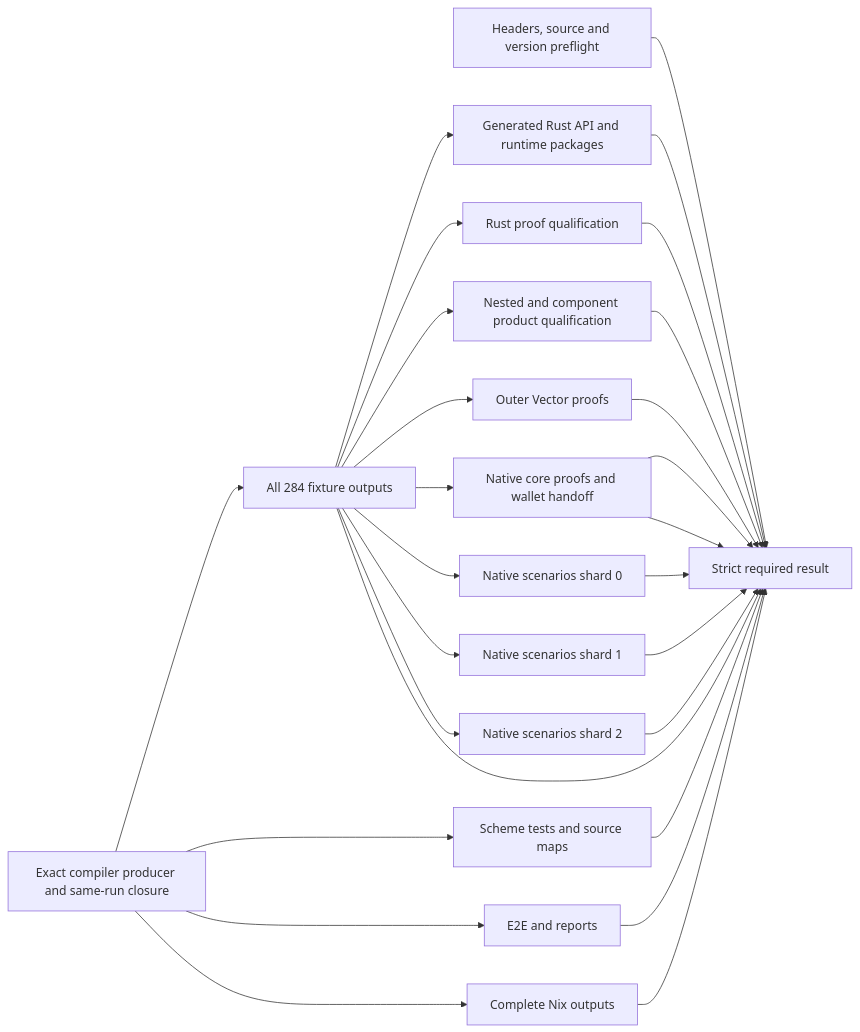
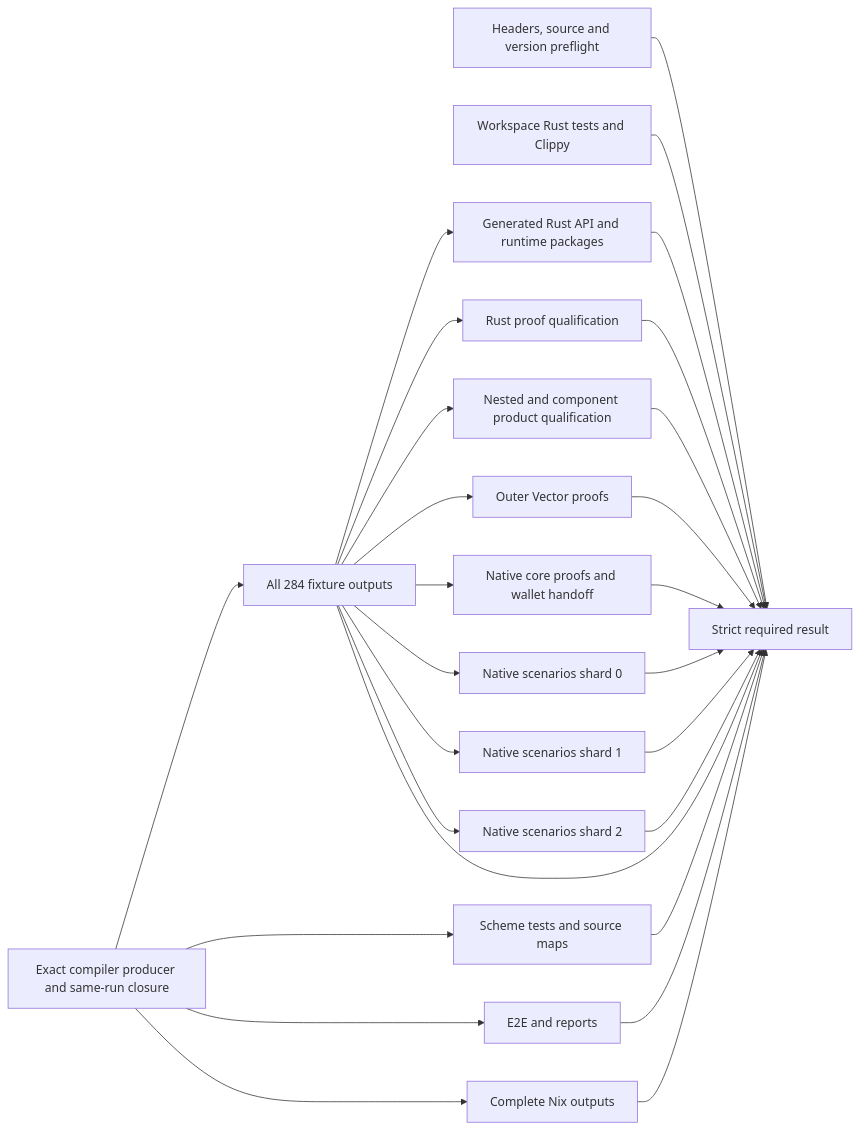
Before and after one commit to betsudo/compact: the diagram in doc/rust/plans/ci-test-graph.md, drawn with Mermaid. The commit also changed other lines of this file, not shown here.

````diff
--- a/doc/rust/plans/ci-test-graph.md
+++ b/doc/rust/plans/ci-test-graph.md
@@ -93,29 +98,29 @@
 ```mermaid
 flowchart LR
     S[Headers, source and version preflight] --> G[Strict required result]
-    W[Workspace Rust tests and Clippy] --> G
+    WR[Workspace Rust tests and Clippy] --> G
     C[Exact compiler producer and same-run closure] --> F[All 284 fixture outputs]
     C --> T[Scheme tests and source maps]
     C --> E[E2E and reports]
     C --> N[Complete Nix outputs]
     F --> A[Generated Rust API and runtime packages]
     F --> P[Rust proof qualification]
     F --> Q[Nested and component product qualification]
     F --> V[Outer Vector proofs]
-    F --> W[Native core proofs and wallet handoff]
+    F --> NW[Native core proofs and wallet handoff]
     F --> M0[Native scenarios shard 0]
     F --> M1[Native scenarios shard 1]
     F --> M2[Native scenarios shard 2]
     F --> G
     T --> G
     E --> G
     N --> G
     A --> G
     P --> G
     Q --> G
     V --> G
-    W --> G
+    NW --> G
     M0 --> G
     M1 --> G
     M2 --> G
 ```
````
